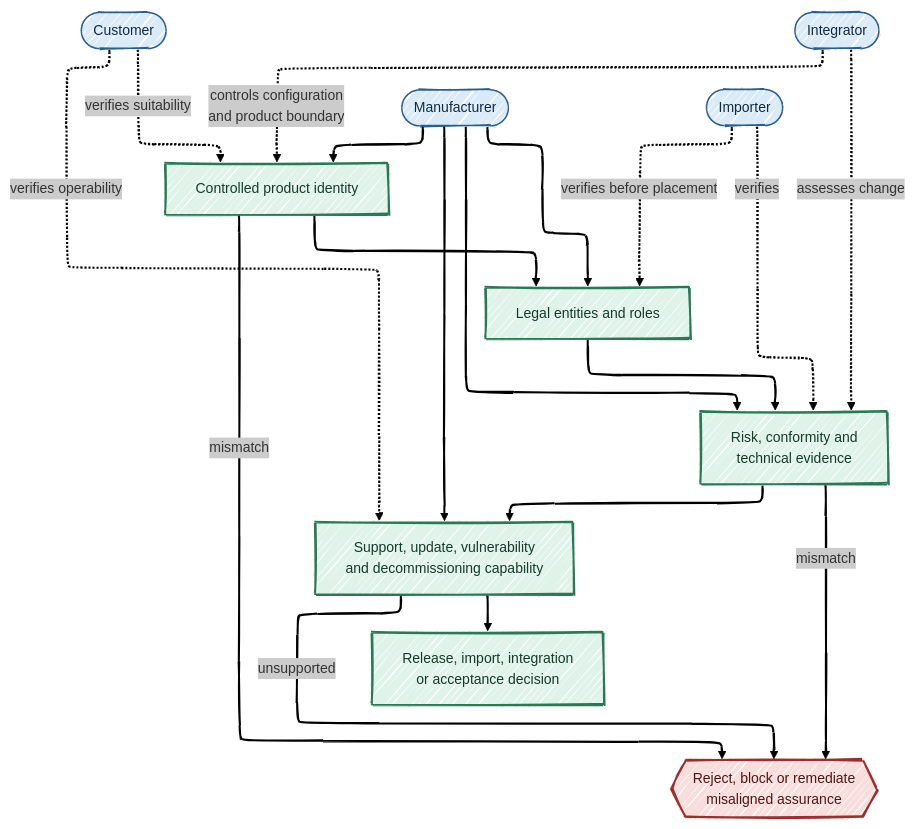
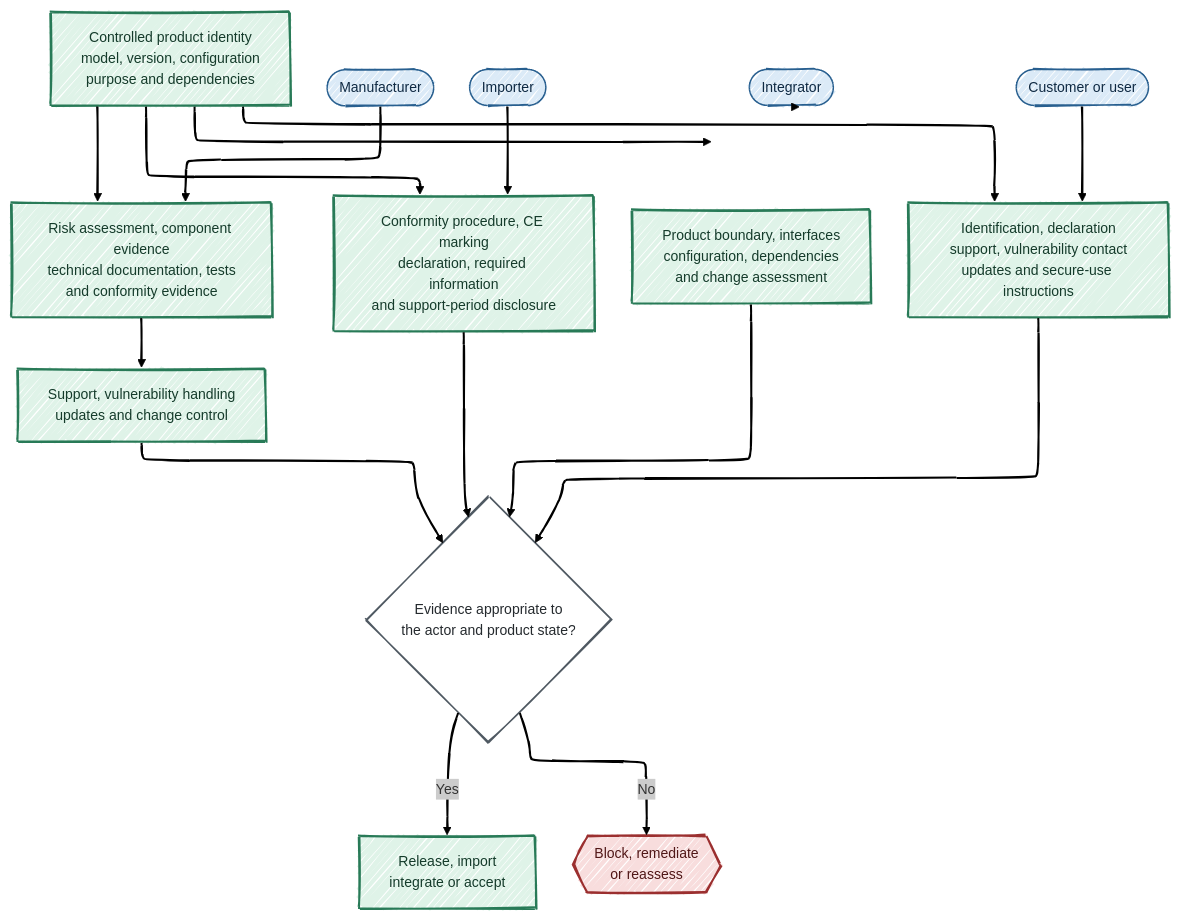
The tenth of 18 diagrams in longforms/cyber-resilience-act-the-new-product-security-baseline/index.qmd (antomon/antomon.github.io), drawn with Mermaid before and after one commit. The commit also changed other lines of this file and 54 other files, not shown here.

````diff
--- a/longforms/cyber-resilience-act-the-new-product-security-baseline/index.qmd
+++ b/longforms/cyber-resilience-act-the-new-product-security-baseline/index.qmd
@@ -716,42 +1773,48 @@
 ```{mermaid}
 %%| label: fig-cyber-resilience-act-the-new-product-security-baseline-stakeholder-assurance
-%%| fig-cap: "Stakeholder verification connects product identity, legal role, conformity evidence, and lifecycle operability."
-%%| fig-alt: "A layered green assurance stack contains controlled product identity, legal roles, security and conformity evidence, and support and update capability. Blue customer, integrator, manufacturer, and importer nodes connect to different layers. Misalignment between the delivered product, declaration, certificate, instructions, or support record leads to a red rejection or remediation node."
+%%| fig-cap: "Role-specific CRA assurance converges on alignment between the identifiable product, the evidence available to each actor, and the lifecycle state."
+%%| fig-alt: "A controlled product identity containing model, version, configuration, purpose and dependencies sits at the centre. The manufacturer connects to risk assessment, component evidence, technical documentation, testing and conformity. The importer connects to the conformity procedure, CE marking, declaration, instructions, manufacturer identification and support information. The integrator connects to product boundary, configuration, dependencies and change analysis. The customer connects to user-facing identification, declaration, support, updates, vulnerability contact and secure-use instructions. All paths converge on a decision to release, import, integrate or accept; mismatched evidence leads to reassessment or rejection."
 %%| fig-align: center
 %%{init: {"theme": "neo", "look": "handDrawn", "layout": "elk"}}%%
-flowchart TB
-    CUSTOMER([Customer]):::entity
-    INTEGRATOR([Integrator]):::entity
+flowchart TD
+    STATE[Controlled product identity<br/>model, version, configuration<br/>purpose and dependencies]:::product
+
     MFR([Manufacturer]):::entity
     IMPORTER([Importer]):::entity
+    INTEGRATOR([Integrator]):::entity
+    CUSTOMER([Customer or user]):::entity
 
-    ID[Controlled product identity]:::product
-    ROLE[Legal entities and roles]:::product
-    EVIDENCE[Risk, conformity and<br/>technical evidence]:::product
-    LIFE[Support, update, vulnerability<br/>and decommissioning capability]:::product
-    DECISION[Release, import, integration<br/>or acceptance decision]:::product
-    FAILURE{{Reject, block or remediate<br/>misaligned assurance}}:::enforcement
+    INTERNAL[Risk assessment, component evidence<br/>technical documentation, tests<br/>and conformity evidence]:::product
+    IMPORTCHECK[Conformity procedure, CE marking<br/>declaration, required information<br/>and support-period disclosure]:::product
+    INTEGRATION[Product boundary, interfaces<br/>configuration, dependencies<br/>and change assessment]:::product
+    USERINFO[Identification, declaration<br/>support, vulnerability contact<br/>updates and secure-use instructions]:::product
 
-    CUSTOMER -. verifies suitability .-> ID
-    CUSTOMER -. verifies operability .-> LIFE
-    INTEGRATOR -. controls configuration<br/>and product boundary .-> ID
-    INTEGRATOR -. assesses change .-> EVIDENCE
-    MFR --> ID
-    MFR --> ROLE
-    MFR --> EVIDENCE
-    MFR --> LIFE
-    IMPORTER -. verifies before placement .-> ROLE
-    IMPORTER -. verifies .-> EVIDENCE
+    LIFE[Support, vulnerability handling<br/>updates and change control]:::product
+    DECISION{Evidence appropriate to<br/>the actor and product state?}:::test
+    ACCEPT[Release, import<br/>integrate or accept]:::product
+    BLOCK{{Block, remediate<br/>or reassess}}:::enforcement
 
-    ID --> ROLE
-    ROLE --> EVIDENCE
-    EVIDENCE --> LIFE
+    MFR --> INTERNAL
+    IMPORTER --> IMPORTCHECK
+    INTEGRATOR --> INTEGRATION
+    CUSTOMER --> USERINFO
+
+    STATE --> INTERNAL
+    STATE --> IMPORTCHECK
+    STATE --> INTEGRATION
+    STATE --> USERINFO
+
+    INTERNAL --> LIFE
+    IMPORTCHECK --> DECISION
+    INTEGRATION --> DECISION
+    USERINFO --> DECISION
     LIFE --> DECISION
-    ID -- mismatch --> FAILURE
-    EVIDENCE -- mismatch --> FAILURE
-    LIFE -- unsupported --> FAILURE
+
+    DECISION -- Yes --> ACCEPT
+    DECISION -- No --> BLOCK
 
     classDef entity fill:#dbeaf7,stroke:#285f8f,stroke-width:1.5px,color:#102a43;
     classDef product fill:#dff3e8,stroke:#287a57,stroke-width:2px,color:#153b2b;
+    classDef test fill:#ffffff,stroke:#4f5962,stroke-width:1.5px,color:#252a2e;
     classDef enforcement fill:#f8dddd,stroke:#9b2f2f,stroke-width:2px,color:#501717;
 ```
````
